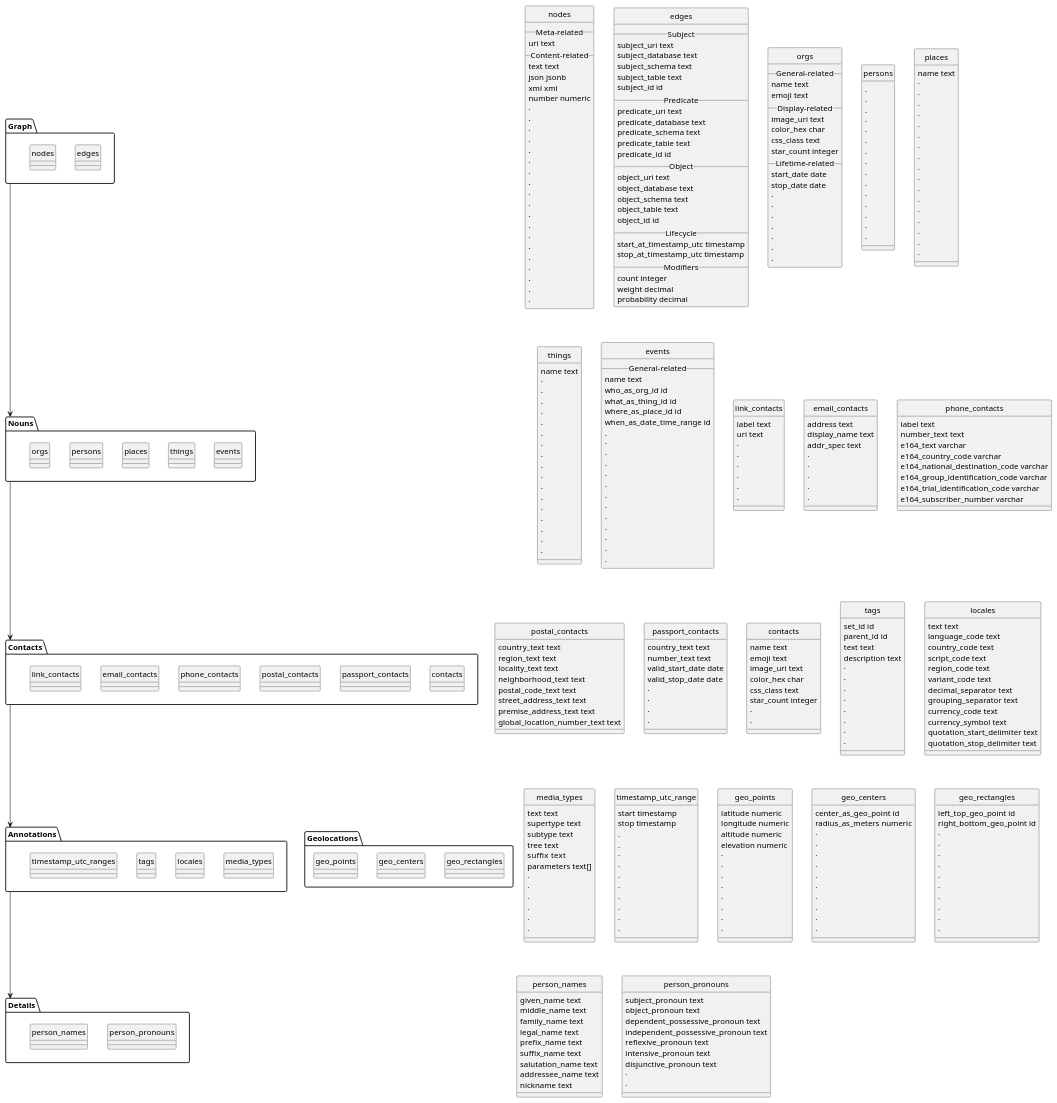
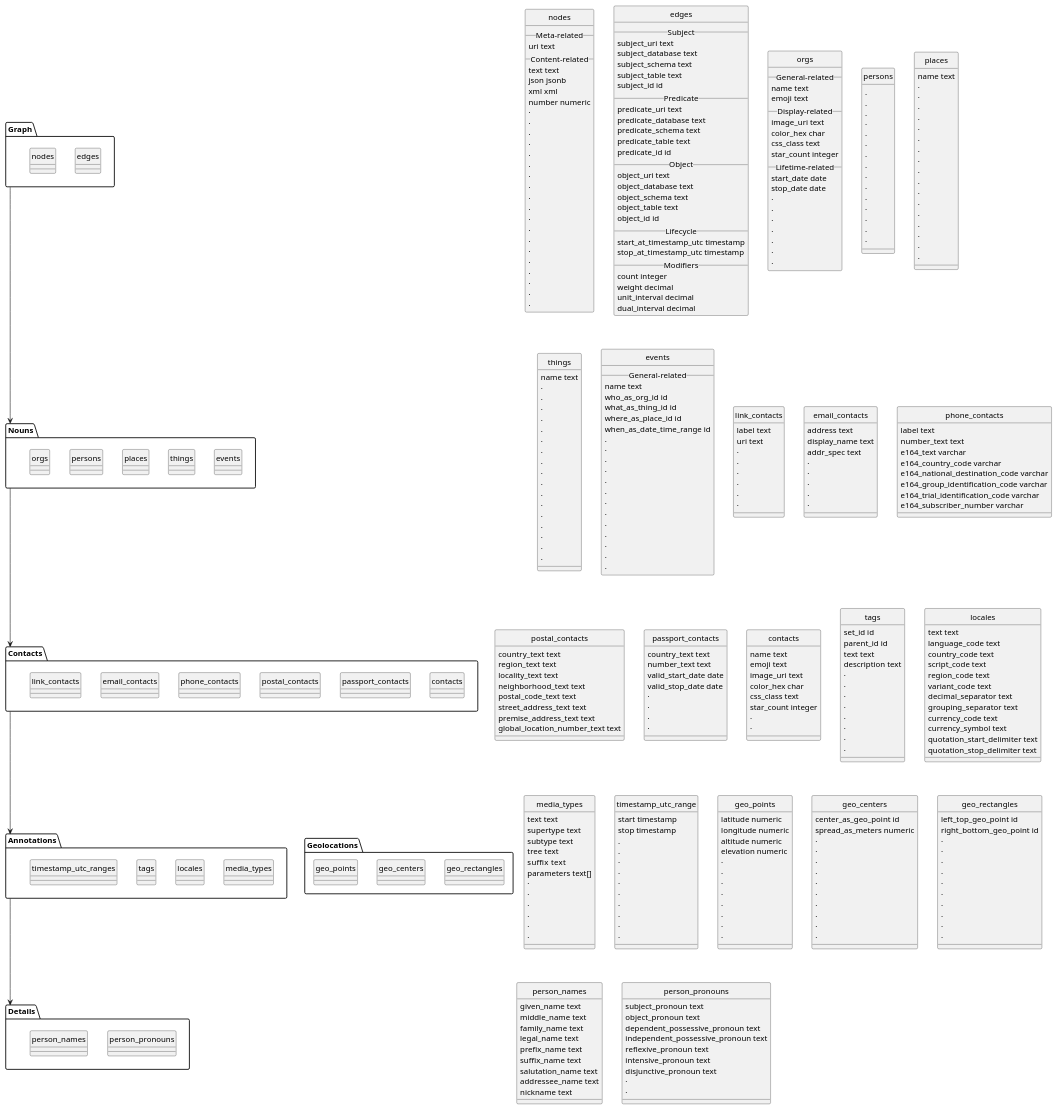
One commit to contactopensource/contactopensource-with-postgresql changed the diagram in doc/uml/tables/tables.plantuml. Above: the diagram before and after it, drawn with PlantUML. The commit also changed 129 other files, not shown here.

```diff
--- a/doc/uml/tables/tables.plantuml
+++ b/doc/uml/tables/tables.plantuml
@@ -122,7 +122,8 @@
 __ Modifiers __
   count integer
   weight decimal
-  probability decimal
+  unit_interval decimal
+  dual_interval decimal
 }
 
 class orgs {
@@ -371,7 +372,7 @@
 
 class geo_centers {
   center_as_geo_point id
-  radius_as_meters numeric
+  spread_as_meters numeric
   ·
   ·
   ·
```
